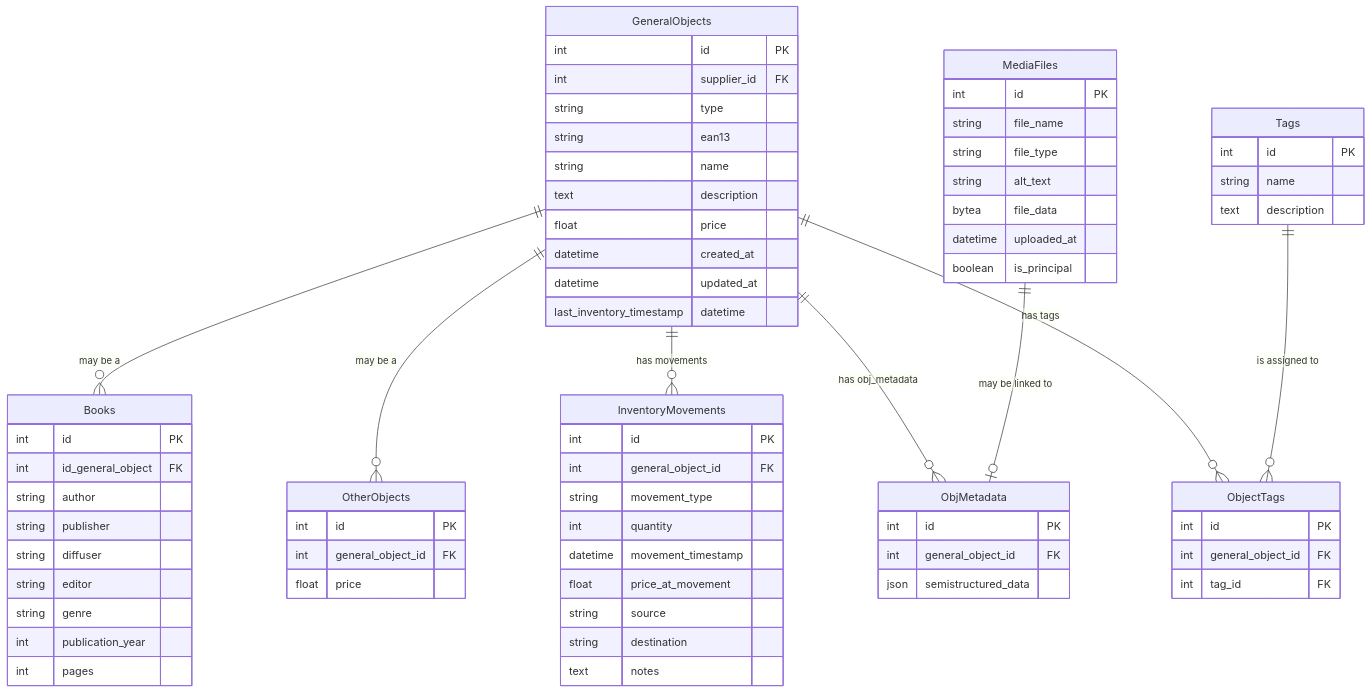
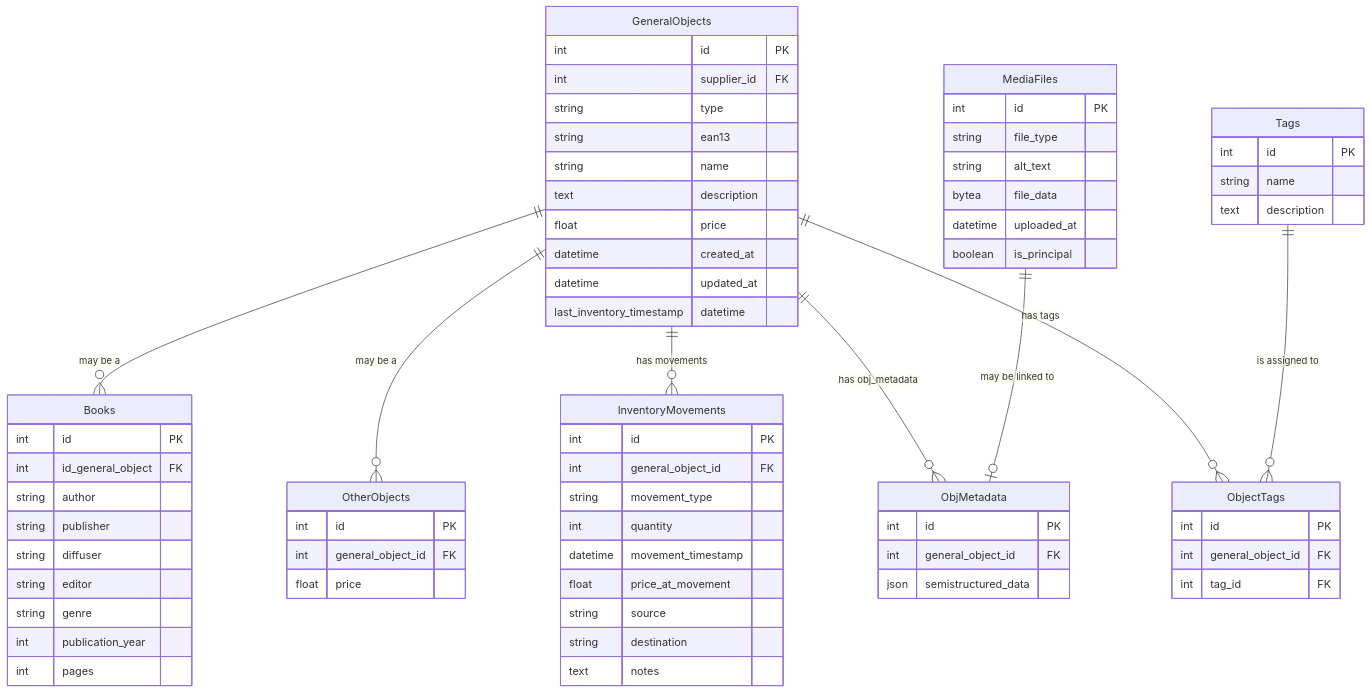
The diagram in documentations/databases/books_collection.md (remiv1/sauvetage), drawn with Mermaid before and after one commit. The commit also changed 15 other files, not shown here.

````diff
--- a/documentations/databases/books_collection.md
+++ b/documentations/databases/books_collection.md
@@ -3,74 +3,73 @@
 ```mermaid
 erDiagram
     GeneralObjects {
         int id PK
         int supplier_id FK
         string type
         string ean13
         string name
         text description
         float price
         datetime created_at
         datetime updated_at
         last_inventory_timestamp datetime
     }
     Books {
         int id PK
         int id_general_object FK
         string author
         string publisher
         string diffuser
         string editor
         string genre
         int publication_year
         int pages
     }
     OtherObjects {
         int id PK
         int general_object_id FK
         float price
     }
     InventoryMovements {
         int id PK
         int general_object_id FK
         string movement_type
         int quantity
         datetime movement_timestamp
         float price_at_movement
         string source
         string destination
         text notes
     }
     Tags {
         int id PK
         string name
         text description
     }
     ObjectTags {
         int id PK
         int general_object_id FK
         int tag_id FK
     }
     ObjMetadata {
         int id PK
         int general_object_id FK
         json semistructured_data
     }
     MediaFiles {
         int id PK
-        string file_name
         string file_type
         string alt_text
         bytea file_data
         datetime uploaded_at
         boolean is_principal
     }
     %% Relations
     GeneralObjects ||--o{ Books : "may be a"
     GeneralObjects ||--o{ OtherObjects : "may be a"
     GeneralObjects ||--o{ InventoryMovements : "has movements"
     GeneralObjects ||--o{ ObjMetadata : "has obj_metadata"
     MediaFiles ||--o| ObjMetadata : "may be linked to"
     GeneralObjects ||--o{ ObjectTags : "has tags"
     Tags ||--o{ ObjectTags : "is assigned to"
 ```
````
